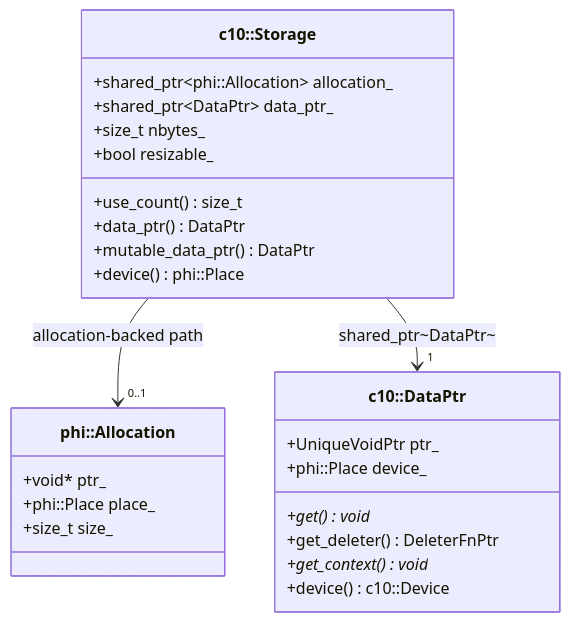
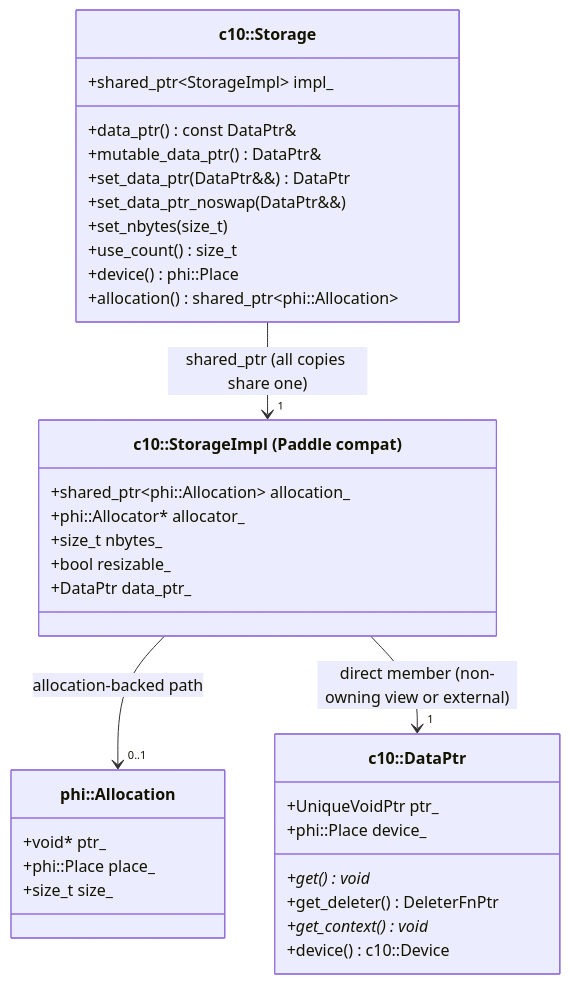
One commit to PFCCLab/PaddleCppAPITest changed the second of 5 diagrams in doc/storage_compat_arch.md. Above: the diagram before and after it, drawn with Mermaid. The commit also changed other lines of this file and 2 other files, not shown here.

````diff
--- a/doc/storage_compat_arch.md
+++ b/doc/storage_compat_arch.md
@@ -40,31 +40,41 @@
 ```mermaid
 classDiagram
     class c10_Storage["c10::Storage"] {
+        +shared_ptr~StorageImpl~ impl_
+        +data_ptr() const DataPtr&
+        +mutable_data_ptr() DataPtr&
+        +set_data_ptr(DataPtr&&) DataPtr
+        +set_data_ptr_noswap(DataPtr&&)
+        +set_nbytes(size_t)
+        +use_count() size_t
+        +device() phi::Place
+        +allocation() shared_ptr~phi::Allocation~
+    }
+
+    class StorageImpl["c10::StorageImpl (Paddle compat)"] {
         +shared_ptr~phi::Allocation~ allocation_
-        +shared_ptr~DataPtr~ data_ptr_
+        +phi::Allocator* allocator_
         +size_t nbytes_
         +bool resizable_
-        +use_count() size_t
-        +data_ptr() DataPtr
-        +mutable_data_ptr() DataPtr
-        +device() phi::Place
+        +DataPtr data_ptr_
     }
 
     class DataPtr["c10::DataPtr"] {
         +UniqueVoidPtr ptr_
         +phi::Place device_
         +get() void*
         +get_deleter() DeleterFnPtr
         +get_context() void*
         +device() c10::Device
     }
 
     class phi_Allocation["phi::Allocation"] {
         +void* ptr_
         +phi::Place place_
         +size_t size_
     }
 
-    c10_Storage --> "0..1" phi_Allocation : allocation-backed path
-    c10_Storage --> "1" DataPtr : shared_ptr~DataPtr~
+    c10_Storage --> "1" StorageImpl : shared_ptr (all copies share one)
+    StorageImpl --> "0..1" phi_Allocation : allocation-backed path
+    StorageImpl --> "1" DataPtr : direct member (non-owning view or external)
 ```
````
